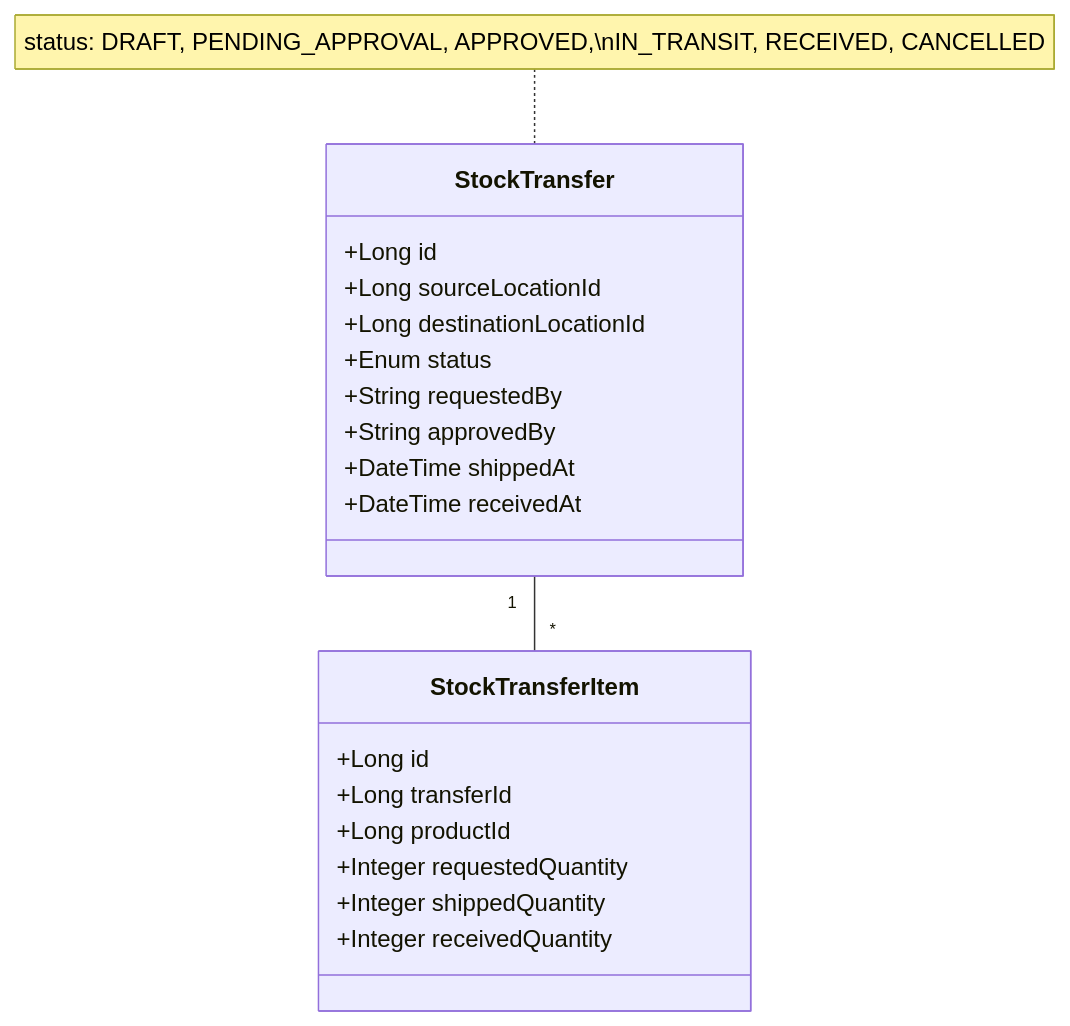
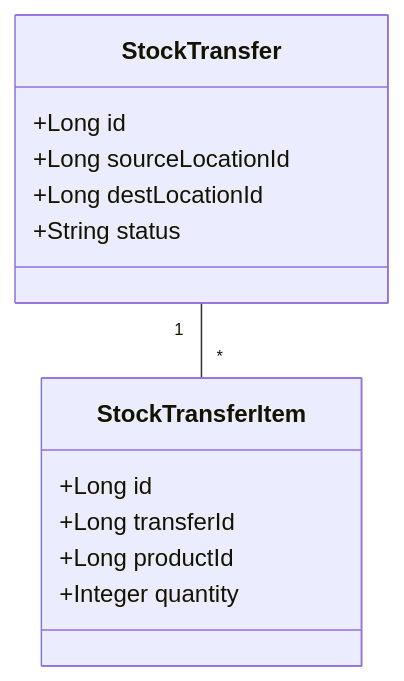
Before and after one commit to kirtika-0102/StockSmart: the fifth of 9 diagrams in docs/class-diagram.md, drawn with Mermaid. The commit also changed other lines of this file and 74 other files, not shown here.

Commit message:
architecture of application

````diff
--- a/docs/class-diagram.md
+++ b/docs/class-diagram.md
@@ -175,26 +113,16 @@
 ```mermaid
 classDiagram
     class StockTransfer {
         +Long id
         +Long sourceLocationId
-        +Long destinationLocationId
-        +Enum status
-        +String requestedBy
-        +String approvedBy
-        +DateTime shippedAt
-        +DateTime receivedAt
+        +Long destLocationId
+        +String status
     }
-    
-    note for StockTransfer "status: DRAFT, PENDING_APPROVAL, APPROVED,\nIN_TRANSIT, RECEIVED, CANCELLED"
-
     class StockTransferItem {
         +Long id
         +Long transferId
         +Long productId
-        +Integer requestedQuantity
-        +Integer shippedQuantity
-        +Integer receivedQuantity
+        +Integer quantity
     }
-
     StockTransfer "1" -- "*" StockTransferItem
 ```
````
